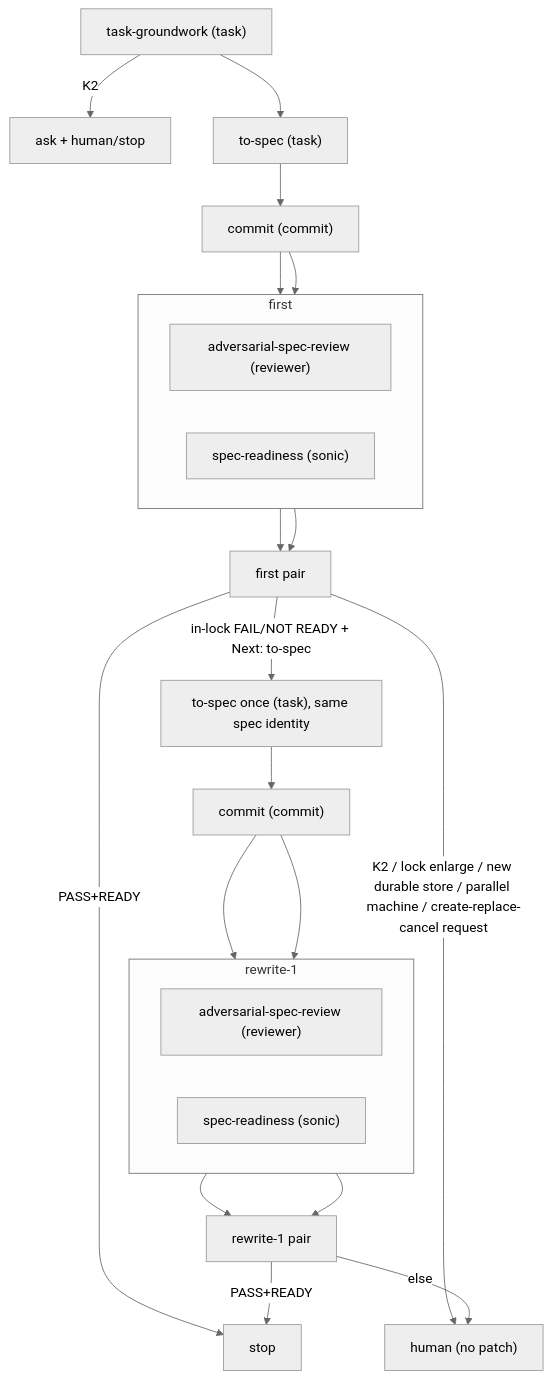
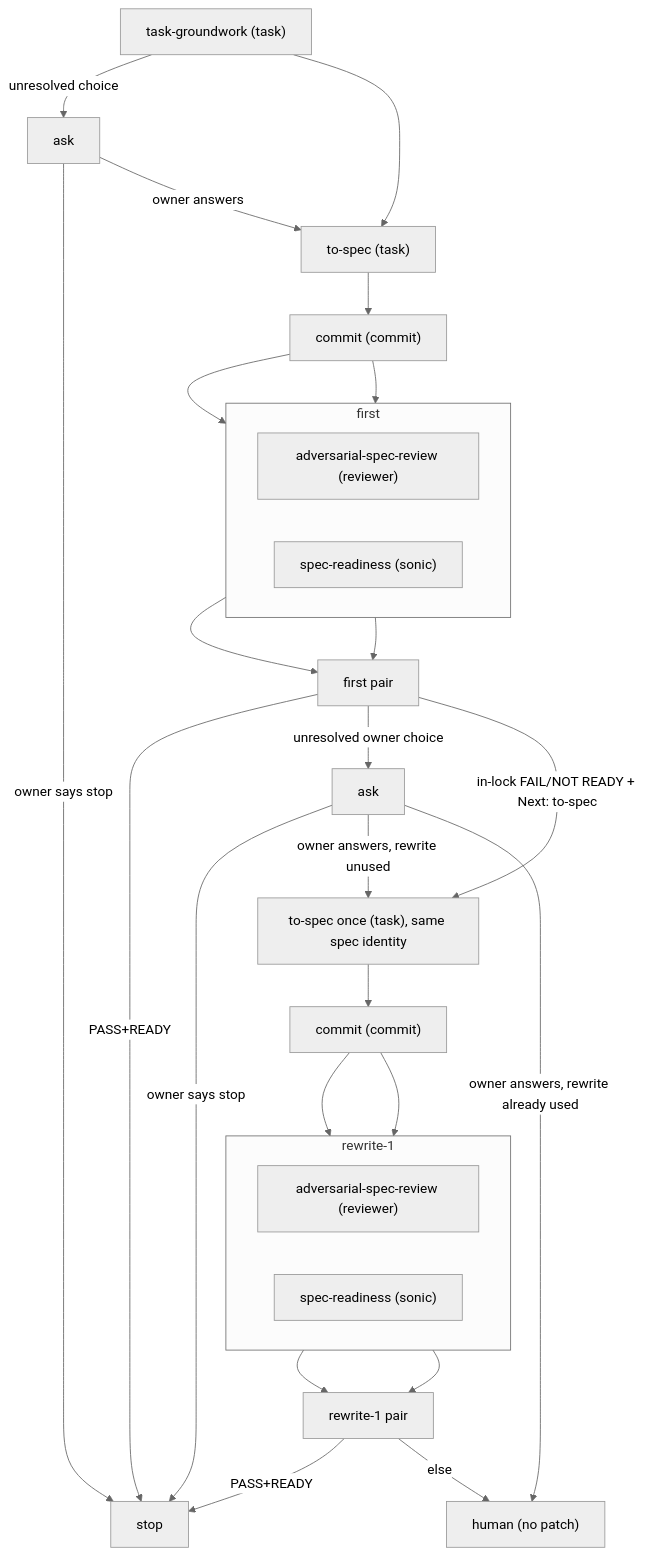
One commit to hburaktasyurek/Agent-Skills-and-Commands changed the diagram in skills/omp-task-to-spec/SKILL.md. Above: the diagram before and after it, drawn with Mermaid (neutral theme). The commit also changed other lines of this file, not shown here.

First line of the commit message:
fix(omp-task-to-spec): resume after the owner answers

````diff
--- a/skills/omp-task-to-spec/SKILL.md
+++ b/skills/omp-task-to-spec/SKILL.md
@@ -21,43 +21,49 @@
 ```mermaid
 flowchart TD
   gw["task-groundwork (task)"]
-  askStop["ask + human/stop"]
+  askGw["ask"]
+  askPair["ask"]
   toSpec["to-spec (task)"]
   toSpecOnce["to-spec once (task), same spec identity"]
   commitFirst["commit (commit)"]
   commitR1["commit (commit)"]
   firstGate["first pair"]
   r1Gate["rewrite-1 pair"]
   stopNode["stop"]
   human["human (no patch)"]
 
   subgraph firstPair [first]
     direction LR
     advFirst["adversarial-spec-review (reviewer)"]
     readyFirst["spec-readiness (sonic)"]
   end
 
   subgraph rewriteOne [rewrite-1]
     direction LR
     advR1["adversarial-spec-review (reviewer)"]
     readyR1["spec-readiness (sonic)"]
   end
 
-  gw -->|"K2"| askStop
+  gw -->|"unresolved choice"| askGw
   gw --> toSpec
+  askGw -->|"owner says stop"| stopNode
+  askGw -->|"owner answers"| toSpec
   toSpec --> commitFirst
   commitFirst --> advFirst
   commitFirst --> readyFirst
   advFirst --> firstGate
   readyFirst --> firstGate
   firstGate -->|"PASS+READY"| stopNode
-  firstGate -->|"K2 / lock enlarge / new durable store / parallel machine / create-replace-cancel request"| human
+  firstGate -->|"unresolved owner choice"| askPair
   firstGate -->|"in-lock FAIL/NOT READY + Next: to-spec"| toSpecOnce
+  askPair -->|"owner says stop"| stopNode
+  askPair -->|"owner answers, rewrite unused"| toSpecOnce
+  askPair -->|"owner answers, rewrite already used"| human
   toSpecOnce --> commitR1
   commitR1 --> advR1
   commitR1 --> readyR1
   advR1 --> r1Gate
   readyR1 --> r1Gate
   r1Gate -->|"PASS+READY"| stopNode
   r1Gate -->|"else"| human
 ```
````
